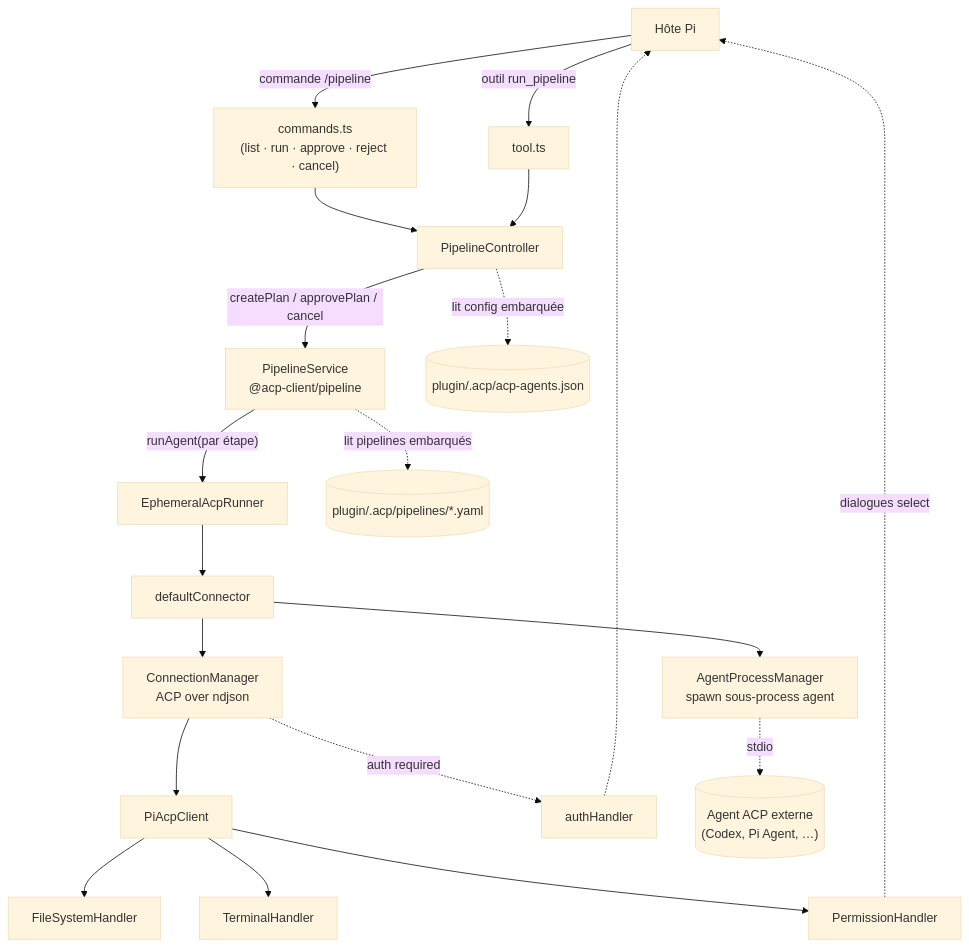
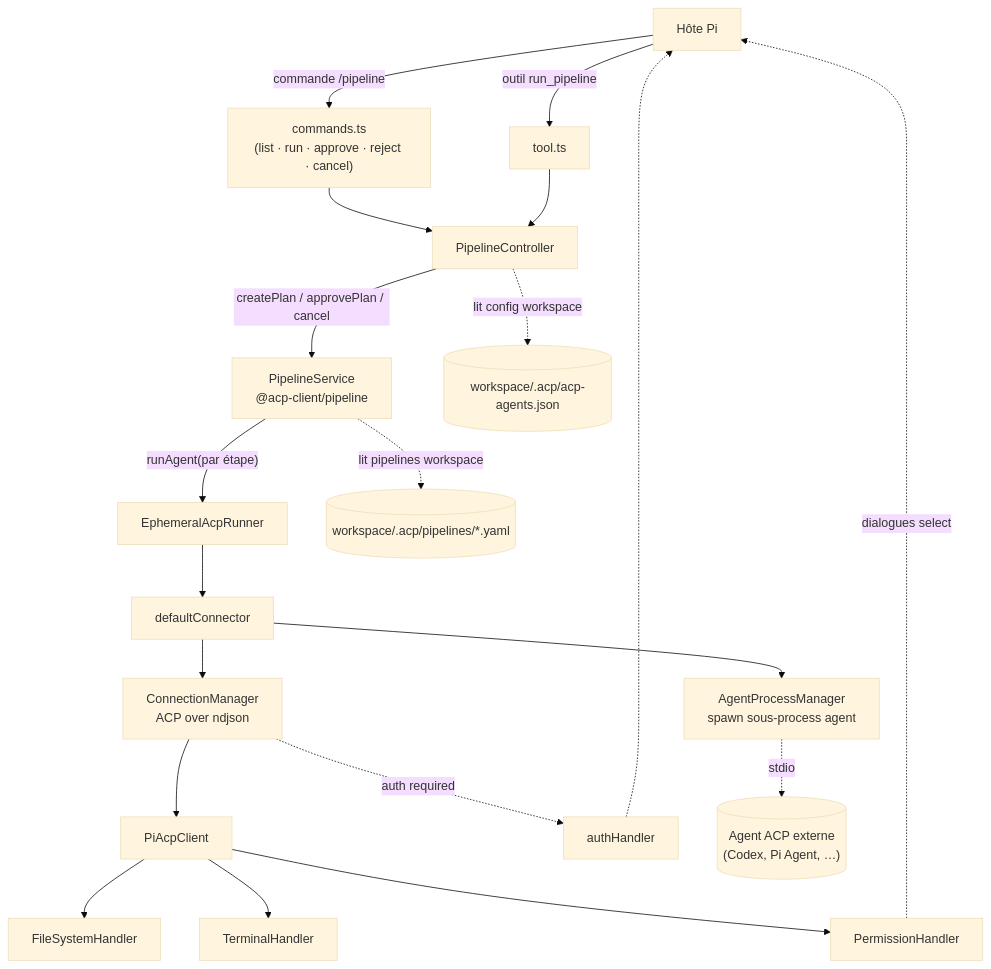
The first of 4 diagrams in plugin-pi/README.md (maurice30120/vscode-acp), drawn with Mermaid (base theme) before and after one commit. The commit also changed other lines of this file and 135 other files, not shown here.

Commit message:
Share ACP agent config parsing

````diff
--- a/plugin-pi/README.md
+++ b/plugin-pi/README.md
@@ -256,27 +212,27 @@
 ```mermaid
 flowchart TD
   Host["Hôte Pi"]
 
   Host -->|"commande /pipeline"| Cmds["commands.ts<br/>(list · run · approve · reject · cancel)"]
   Host -->|"outil run_pipeline"| Tool["tool.ts"]
   Cmds --> Ctrl["PipelineController"]
   Tool --> Ctrl
 
   Ctrl -->|"createPlan / approvePlan / cancel"| Svc["PipelineService<br/>@acp-client/pipeline"]
   Svc -->|"runAgent(par étape)"| Runner["EphemeralAcpRunner"]
   Runner --> Conn["defaultConnector"]
 
   Conn --> Proc["AgentProcessManager<br/>spawn sous-process agent"]
   Conn --> Cm["ConnectionManager<br/>ACP over ndjson"]
   Cm --> Client["PiAcpClient"]
   Client --> FS["FileSystemHandler"]
   Client --> Term["TerminalHandler"]
   Client --> Perm["PermissionHandler"]
   Perm -.->|"dialogues select"| Host
   Cm -.->|"auth required"| Auth["authHandler"]
   Auth -.-> Host
 
-  Ctrl -.->|"lit config embarquée"| Cfg[("plugin/.acp/acp-agents.json")]
-  Svc -.->|"lit pipelines embarqués"| Pipes[("plugin/.acp/pipelines/*.yaml")]
+  Ctrl -.->|"lit config workspace"| Cfg[("workspace/.acp/acp-agents.json")]
+  Svc -.->|"lit pipelines workspace"| Pipes[("workspace/.acp/pipelines/*.yaml")]
   Proc -.->|"stdio"| Agent[("Agent ACP externe<br/>(Codex, Pi Agent, …)")]
 ```
````
